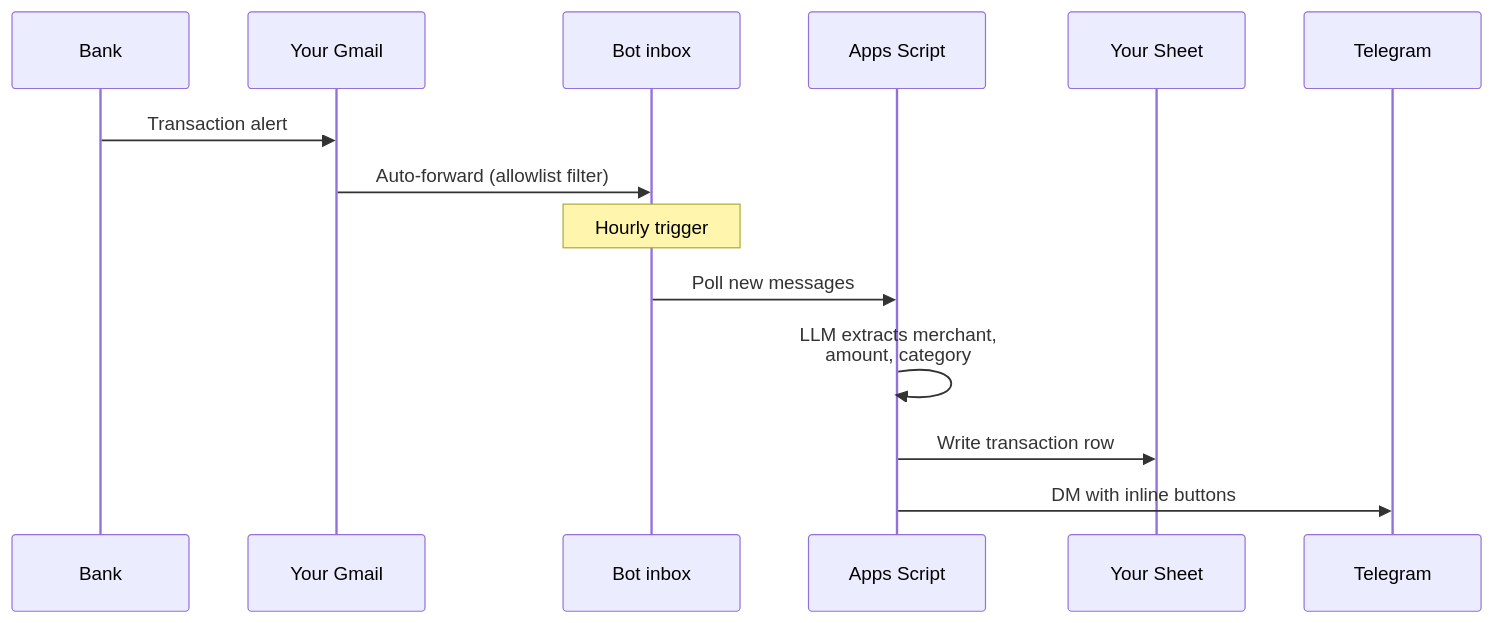
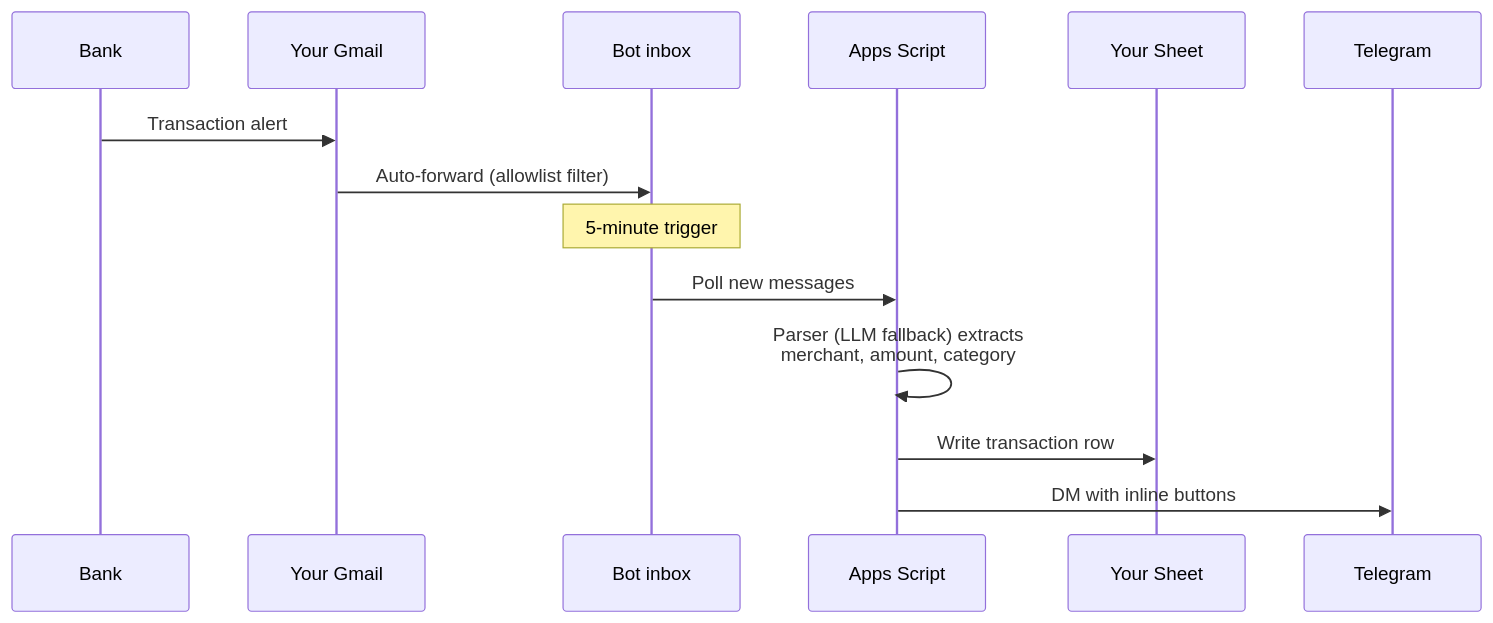
The first of 2 diagrams in README.md (Rrishik/dus-aane-bot), drawn with Mermaid before and after one commit. The commit also changed other lines of this file and 2 other files, not shown here.

Commit message:
docs: document parser, SMS paste, Re-read, webhook secret and new schema

````diff
--- a/README.md
+++ b/README.md
@@ -102,16 +102,16 @@
 ```mermaid
 sequenceDiagram
     participant Bank
     participant Gmail as Your Gmail
     participant Inbox as Bot inbox
     participant Bot as Apps Script
     participant Sheet as Your Sheet
     participant TG as Telegram
     Bank->>Gmail: Transaction alert
     Gmail->>Inbox: Auto-forward (allowlist filter)
-    Note over Inbox: Hourly trigger
+    Note over Inbox: 5-minute trigger
     Inbox->>Bot: Poll new messages
-    Bot->>Bot: LLM extracts merchant,<br/>amount, category
+    Bot->>Bot: Parser (LLM fallback) extracts<br/>merchant, amount, category
     Bot->>Sheet: Write transaction row
     Bot->>TG: DM with inline buttons
 ```
````
